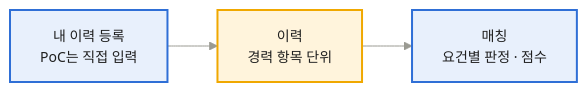
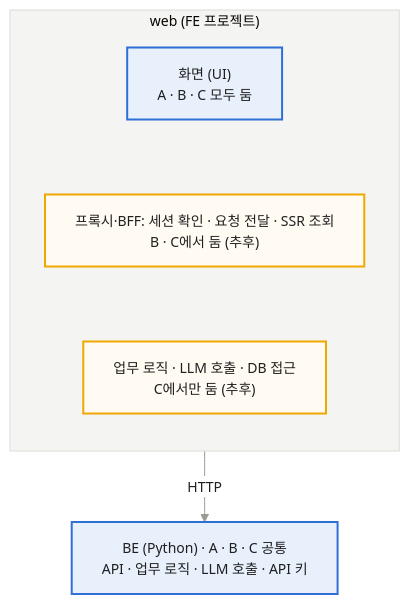
The second of 6 diagrams in docs/meetings/2026-10-20/_test.md (seung-gu/job-matching-agent), drawn with Mermaid before and after one commit. The commit also changed other lines of this file, not shown here.

Commit message:
Temporary mermaid rendering test 2 (to be removed)

````diff
--- a/docs/meetings/2026-10-20/_test.md
+++ b/docs/meetings/2026-10-20/_test.md
@@ -5,9 +29,21 @@
 ```mermaid
 %%{init: {"theme": "base", "themeVariables": {"fontSize": "14px", "lineColor": "#9a9a92", "clusterBkg": "#f4f4f2", "clusterBorder": "#dcdcd6", "edgeLabelBackground": "#ffffff", "primaryTextColor": "#1f1f1f"}, "flowchart": {"wrappingWidth": 400}}}%%
-flowchart LR
-  REG["내 이력 등록<br/>PoC는 직접 입력"]:::done --> RES["이력<br/>경력 항목 단위"]:::todo --> MATCH["매칭<br/>요건별 판정 · 점수"]:::done
+flowchart TB
+  subgraph WEB["web (FE 프로젝트)"]
+    direction TB
+    UI["화면 (UI)<br/>A · B · C 모두 둠"]:::done
+    BFF["프록시·BFF: 세션 확인 · 요청 전달 · SSR 조회<br/>B · C에서 둠 (추후)"]:::later
+    BIZ["업무 로직 · LLM 호출 · DB 접근<br/>C에서만 둠 (추후)"]:::later
+    UI ~~~ BFF ~~~ BIZ
+  end
+  BE["BE (Python) · A · B · C 공통<br/>API · 업무 로직 · LLM 호출 · API 키"]:::done
+  WEB -->|HTTP| BE
 
 classDef done fill:#e8f0fc,stroke:#2f6fd6,stroke-width:2px,color:#1f1f1f
 classDef todo fill:#fff4dc,stroke:#f0a800,stroke-width:2px,color:#1f1f1f
+classDef later fill:#fffbf2,stroke:#f0a800,stroke-width:2px,color:#1f1f1f
+classDef ext fill:#ffffff,stroke:#b5b5ad,color:#1f1f1f
+classDef code fill:#ececea,stroke:#d6d6d2,color:#1f1f1f
+classDef fake fill:#ffffff,stroke:#b5b5ad,color:#1f1f1f
 classDef note fill:none,stroke:none,color:#555555
 ```
````
